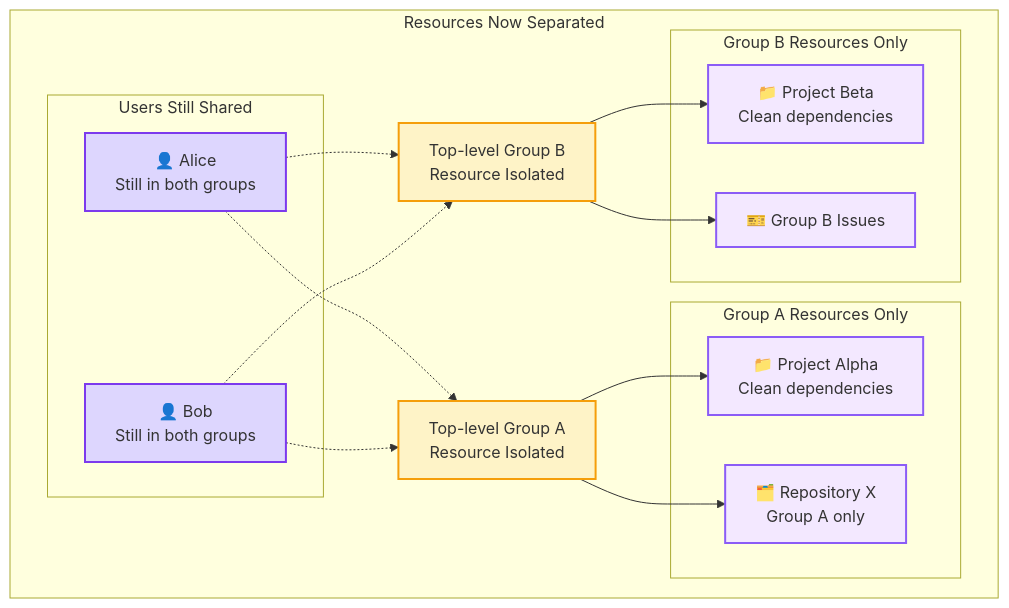
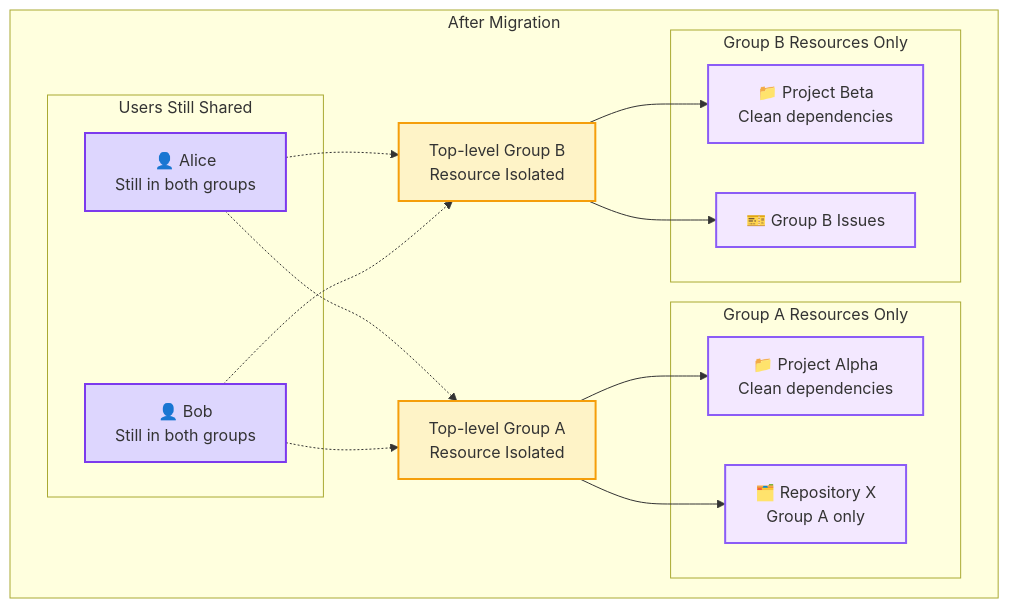
The ninth of 9 diagrams in content/handbook/engineering/architecture/design-documents/organization/isolation_compliance_framework.md (zalyoung/gitlab-handbook), drawn with Mermaid before and after one commit. The commit also changed other lines of this file, not shown here.

Commit message:
Change diagram titles to format better

````diff
--- a/content/handbook/engineering/architecture/design-documents/organization/isolation_compliance_framework.md
+++ b/content/handbook/engineering/architecture/design-documents/organization/isolation_compliance_framework.md
@@ -649,42 +649,42 @@
 ```mermaid
 graph TD
-    subgraph "Resources Now Separated"
+    subgraph "After Migration"
         TLG1["Top-level Group A<br/>Resource Isolated"]
         TLG2["Top-level Group B<br/>Resource Isolated"]
 
         subgraph "Users Still Shared"
             USER1[👤 Alice<br/>Still in both groups]
             USER2[👤 Bob<br/>Still in both groups]
         end
 
         subgraph "Group A Resources Only"
             PROJ1[📁 Project Alpha<br/>Clean dependencies]
             REPO1[🗂️ Repository X<br/>Group A only]
         end
 
         subgraph "Group B Resources Only"
             PROJ2[📁 Project Beta<br/>Clean dependencies]
             ISSUE1[🎫 Group B Issues]
         end
     end
 
     %% Users still shared (dotted lines)
     USER1 -.-> TLG1
     USER1 -.-> TLG2
     USER2 -.-> TLG1
     USER2 -.-> TLG2
 
     %% Resources now clean (solid lines)
     TLG1 --> PROJ1
     TLG1 --> REPO1
     TLG2 --> PROJ2
     TLG2 --> ISSUE1
 
     classDef tlg_resource fill:#fef3c7,stroke:#f59e0b,stroke-width:2px
     classDef user fill:#ddd6fe,stroke:#7c3aed,stroke-width:2px
     classDef resource fill:#f3e8ff,stroke:#8b5cf6,stroke-width:2px
 
     class TLG1,TLG2 tlg_resource
     class USER1,USER2 user
     class PROJ1,PROJ2,REPO1,ISSUE1 resource
 ```
````
